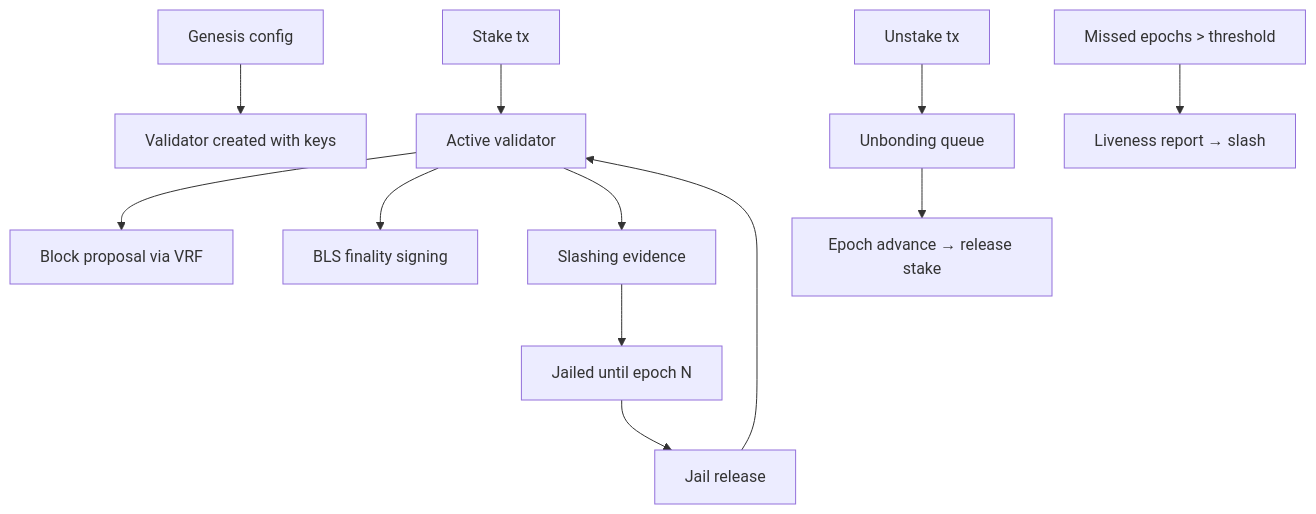
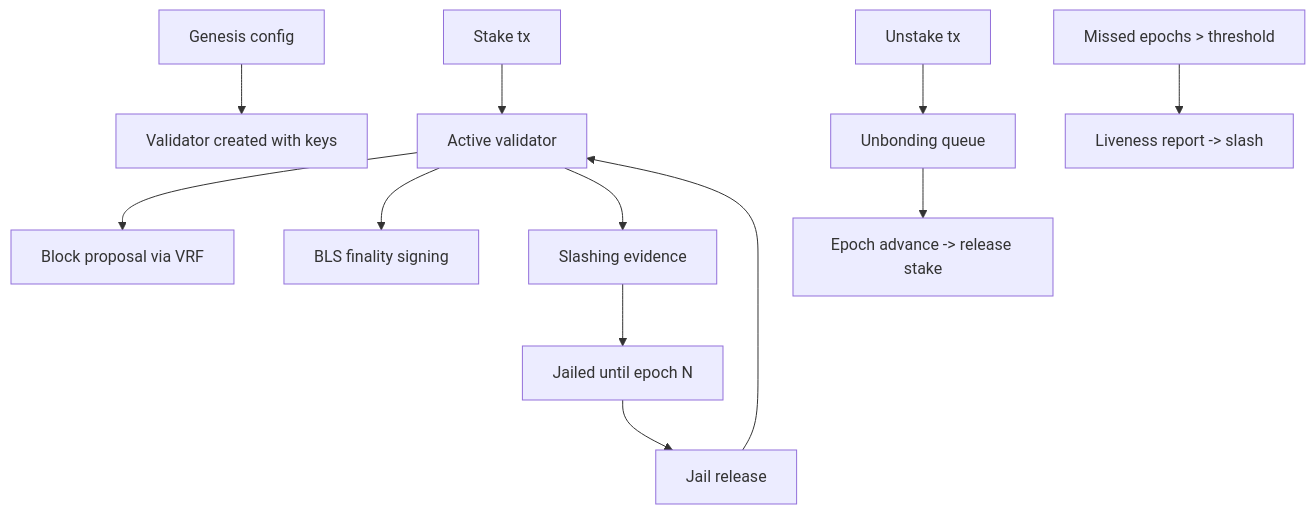
One commit to budlum-xyz/budlum changed diagram 33 of 51 in docs/ARCHITECTURE.md. Above: the diagram before and after it, drawn with Mermaid. The commit also changed other lines of this file, not shown here.

````diff
--- a/docs/ARCHITECTURE.md
+++ b/docs/ARCHITECTURE.md
@@ -1028,14 +1028,14 @@
 ```mermaid
 flowchart TD
   Genesis[Genesis config] --> Val[Validator created with keys]
   Stake[Stake tx] --> Active[Active validator]
   Active --> Propose[Block proposal via VRF]
   Active --> Finality[BLS finality signing]
   Active --> Slash[Slashing evidence]
   Slash --> Jailed[Jailed until epoch N]
   Jailed --> Release[Jail release]
   Release --> Active
   Unstake[Unstake tx] --> Unbonding[Unbonding queue]
-  Unbonding --> Epoch[Epoch advance → release stake]
-  Liveness["Missed epochs > threshold"] --> LivenessSlash[Liveness report → slash]
+  Unbonding --> Epoch[Epoch advance -> release stake]
+  Liveness["Missed epochs > threshold"] --> LivenessSlash[Liveness report -> slash]
 ```
````
